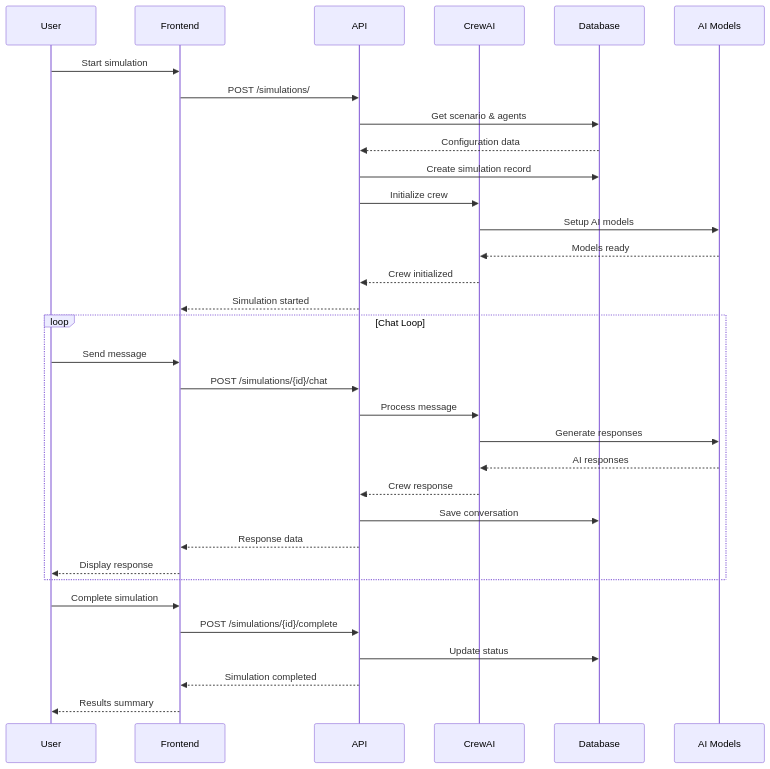
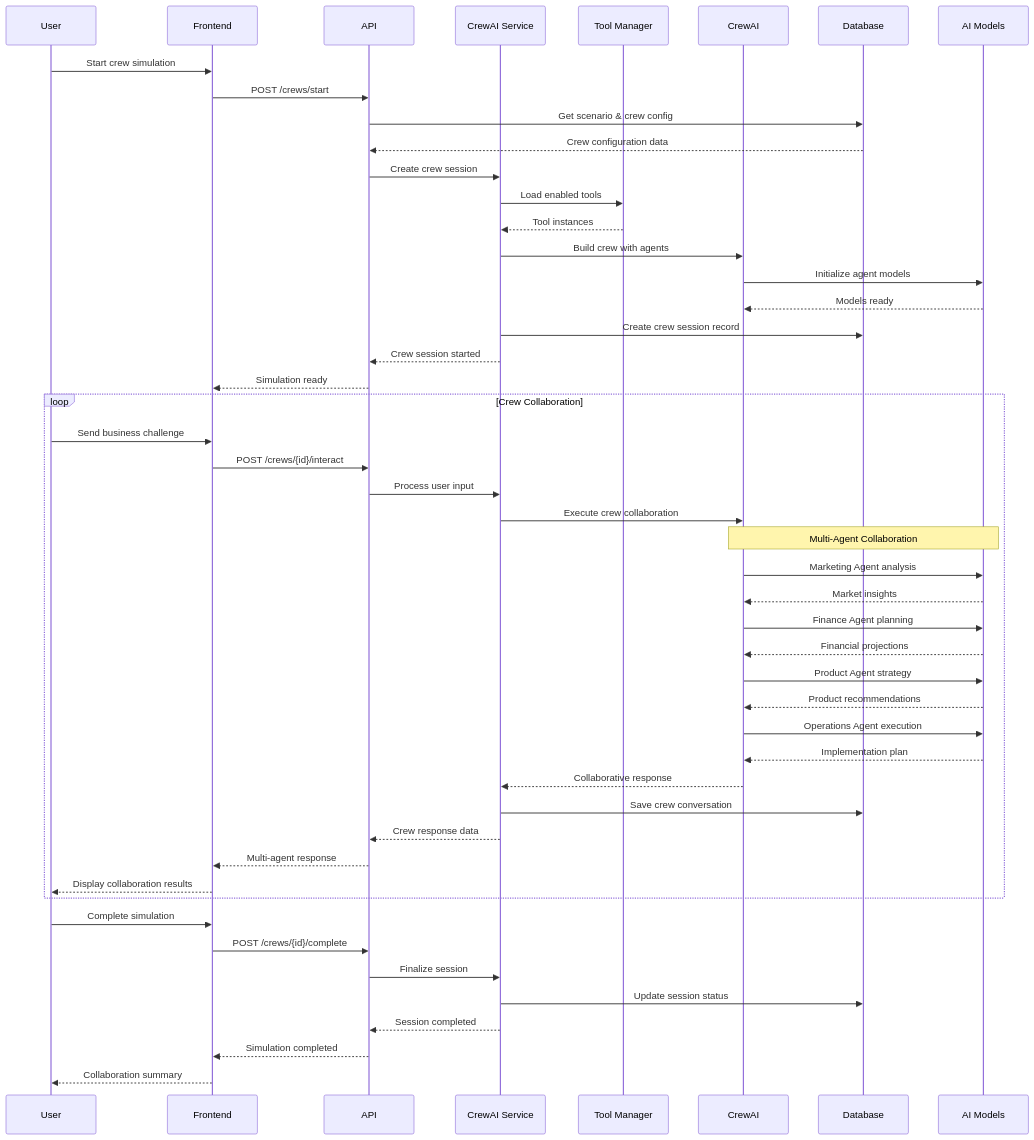
The ninth of 9 diagrams in backend/docs/architecture/system-overview.md (Sbcoit/forked-ai-agent-education-platform), drawn with Mermaid before and after one commit. The commit also changed other lines of this file and 21 other files, not shown here.

First line of the commit message:
Major Architecture Update: CrewAI Alignment & Database Fixes

````diff
--- a/backend/docs/architecture/system-overview.md
+++ b/backend/docs/architecture/system-overview.md
@@ -322,38 +384,56 @@
 ```mermaid
 sequenceDiagram
     participant U as User
     participant F as Frontend
     participant A as API
+    participant CS as CrewAI Service
+    participant TM as Tool Manager
     participant C as CrewAI
     participant DB as Database
     participant AI as AI Models
     
-    U->>F: Start simulation
-    F->>A: POST /simulations/
-    A->>DB: Get scenario & agents
-    DB-->>A: Configuration data
-    A->>DB: Create simulation record
-    A->>C: Initialize crew
-    C->>AI: Setup AI models
+    U->>F: Start crew simulation
+    F->>A: POST /crews/start
+    A->>DB: Get scenario & crew config
+    DB-->>A: Crew configuration data
+    A->>CS: Create crew session
+    CS->>TM: Load enabled tools
+    TM-->>CS: Tool instances
+    CS->>C: Build crew with agents
+    C->>AI: Initialize agent models
     AI-->>C: Models ready
-    C-->>A: Crew initialized
-    A-->>F: Simulation started
+    CS->>DB: Create crew session record
+    CS-->>A: Crew session started
+    A-->>F: Simulation ready
     
-    loop Chat Loop
-        U->>F: Send message
-        F->>A: POST /simulations/{id}/chat
-        A->>C: Process message
-        C->>AI: Generate responses
-        AI-->>C: AI responses
-        C-->>A: Crew response
-        A->>DB: Save conversation
-        A-->>F: Response data
-        F-->>U: Display response
+    loop Crew Collaboration
+        U->>F: Send business challenge
+        F->>A: POST /crews/{id}/interact
+        A->>CS: Process user input
+        CS->>C: Execute crew collaboration
+        
+        Note over C,AI: Multi-Agent Collaboration
+        C->>AI: Marketing Agent analysis
+        AI-->>C: Market insights
+        C->>AI: Finance Agent planning
+        AI-->>C: Financial projections
+        C->>AI: Product Agent strategy
+        AI-->>C: Product recommendations
+        C->>AI: Operations Agent execution
+        AI-->>C: Implementation plan
+        
+        C-->>CS: Collaborative response
+        CS->>DB: Save crew conversation
+        CS-->>A: Crew response data
+        A-->>F: Multi-agent response
+        F-->>U: Display collaboration results
     end
     
     U->>F: Complete simulation
-    F->>A: POST /simulations/{id}/complete
-    A->>DB: Update status
+    F->>A: POST /crews/{id}/complete
+    A->>CS: Finalize session
+    CS->>DB: Update session status
+    CS-->>A: Session completed
     A-->>F: Simulation completed
-    F-->>U: Results summary
+    F-->>U: Collaboration summary
 ```
````
